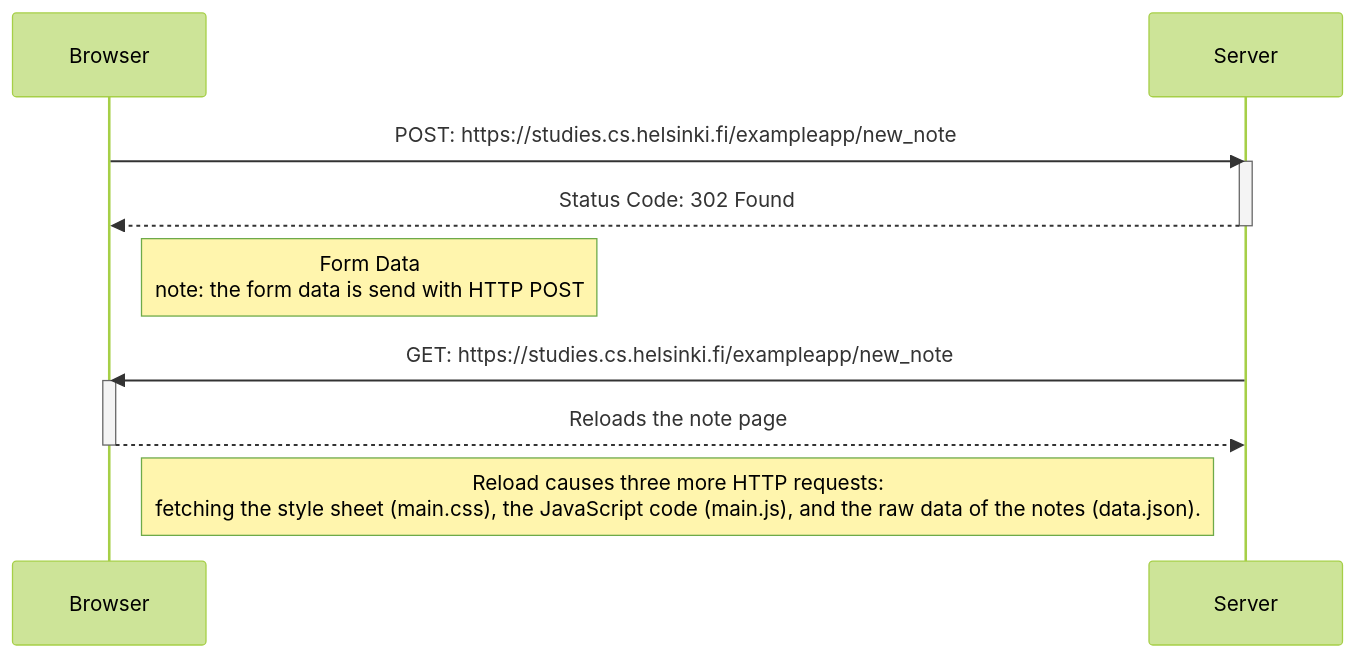
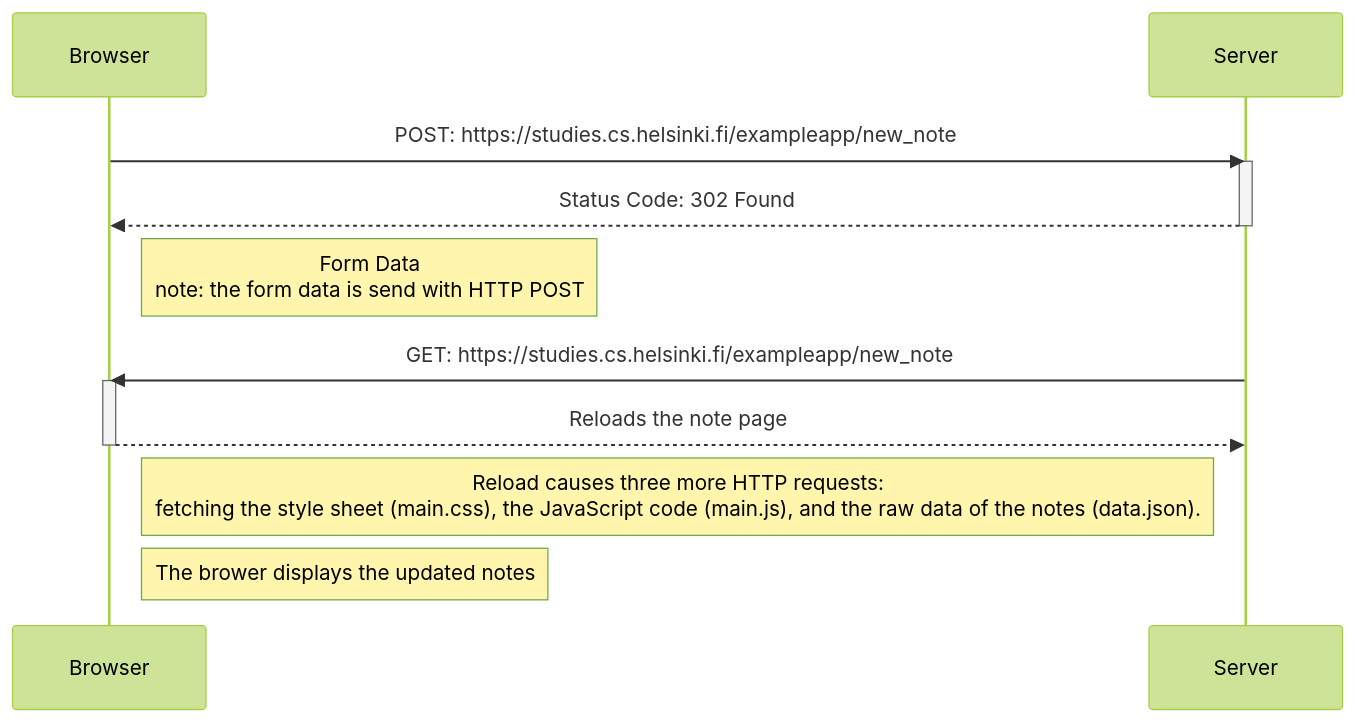
The diagram in Part0/new-note-diagram.md (rahul-004x/fsopen-containers), drawn with Mermaid (forest theme) before and after one commit.

````diff
--- a/Part0/new-note-diagram.md
+++ b/Part0/new-note-diagram.md
@@ -1,22 +1,24 @@
 ```mermaid
 
 sequenceDiagram
     participant Browser
     participant Server
 
     Browser->>Server: POST: https://studies.cs.helsinki.fi/exampleapp/new_note
     activate Server
     Server-->>Browser: Status Code: 302 Found
     deactivate Server
 
     Note right of Browser: Form Data <br/> note: the form data is send with HTTP POST
 
     Server->>Browser: GET: https://studies.cs.helsinki.fi/exampleapp/new_note
     activate Browser
     Browser-->>Server: Reloads the note page
     deactivate Browser
 
     Note right of Browser: Reload causes three more HTTP requests:<br/> fetching the style sheet (main.css), the JavaScript code (main.js), and the raw data of the notes (data.json).
 
+    Note right of Browser: The brower displays the updated notes   
+
 
 ```
````
